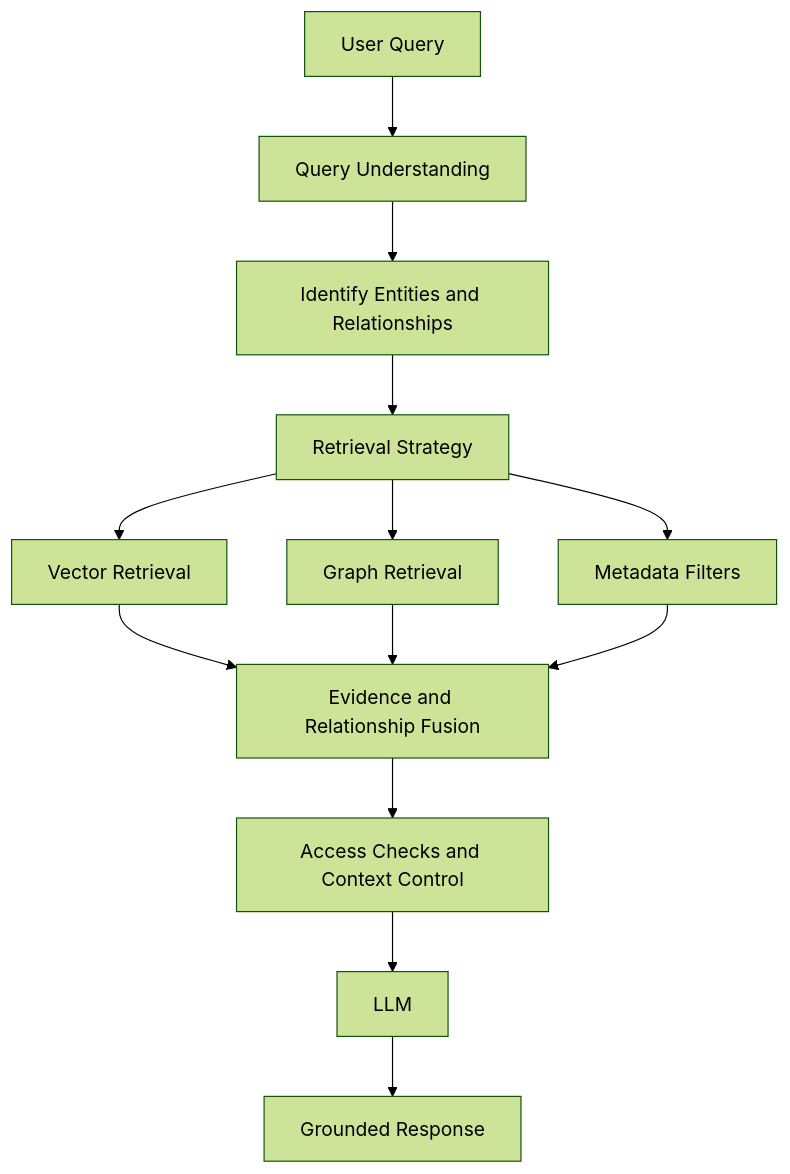
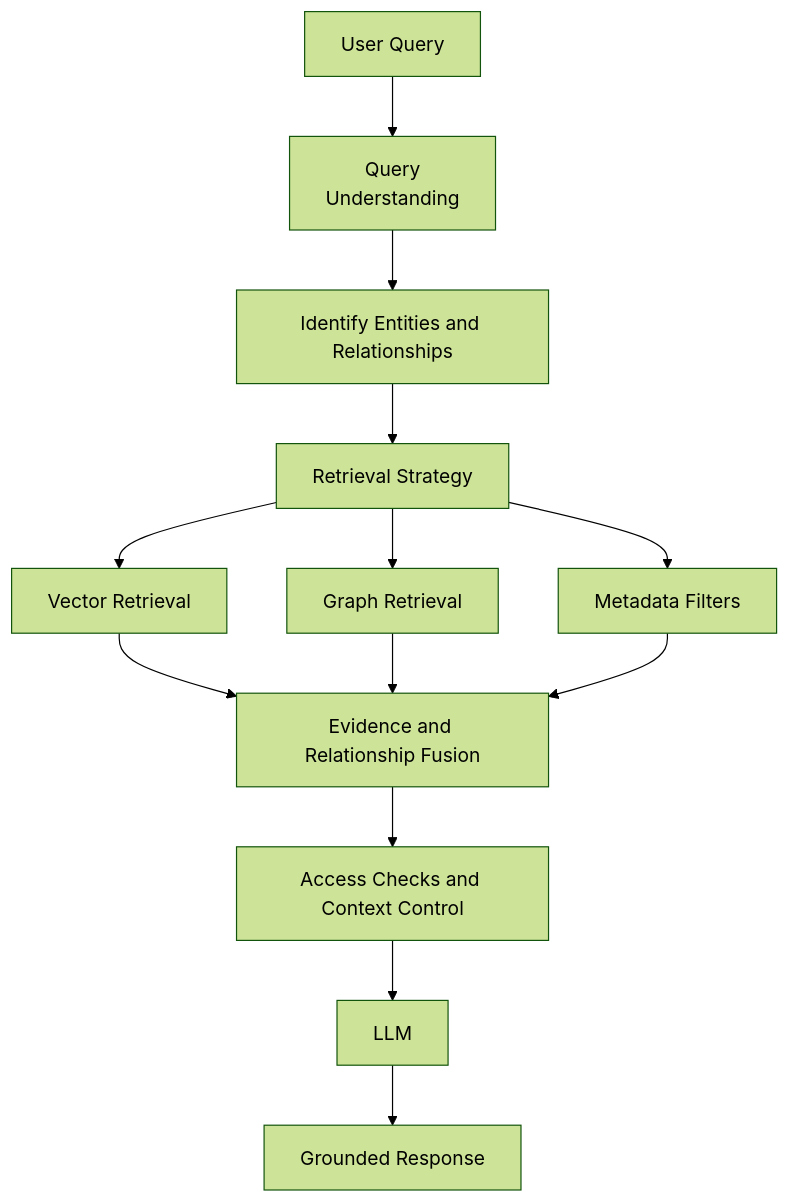
The second of 8 diagrams in docs/architecture-insights/genai-and-rag/4.1_architecting_graph_rag_relationship_aware_enterprise_knowledge.md (MihirKJha/enterprise-ai-blog), drawn with Mermaid (forest theme) before and after one commit. The commit also changed other lines of this file and 1 other file, not shown here.

````diff
--- a/docs/architecture-insights/genai-and-rag/4.1_architecting_graph_rag_relationship_aware_enterprise_knowledge.md
+++ b/docs/architecture-insights/genai-and-rag/4.1_architecting_graph_rag_relationship_aware_enterprise_knowledge.md
@@ -76,15 +72,15 @@
 ```mermaid
 graph TD
-    A[User Query] --> B[Query Understanding]
+    A[User Query] --> B[Query<br/>Understanding]
     B --> C[Identify Entities and Relationships]
     C --> D[Retrieval Strategy]
     D --> E[Vector Retrieval]
     D --> F[Graph Retrieval]
     D --> G[Metadata Filters]
     E --> H[Evidence and Relationship Fusion]
     F --> H
     G --> H
     H --> I[Access Checks and Context Control]
     I --> J[LLM]
     J --> K[Grounded Response]
 ```
````
